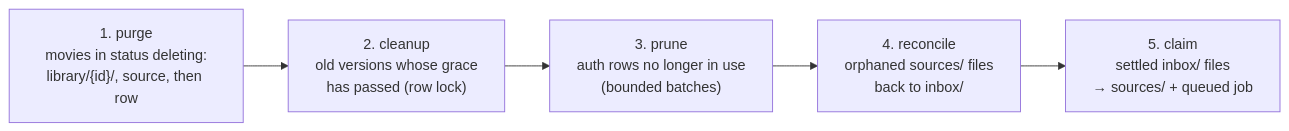
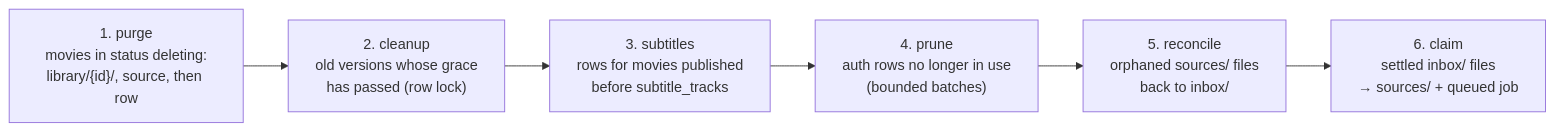
One commit to vtnHAN-SOLO/hls-vod changed the second of 4 diagrams in docs/architecture/process.md. Above: the diagram before and after it, drawn with Mermaid. The commit also changed other lines of this file and 194 other files, not shown here.

````diff
--- a/docs/architecture/process.md
+++ b/docs/architecture/process.md
@@ -57,9 +57,10 @@
 ```mermaid
 flowchart LR
     purge["1. purge<br/>movies in status deleting:<br/>library/{id}/, source, then row"]
     cleanup["2. cleanup<br/>old versions whose grace<br/>has passed (row lock)"]
-    prune["3. prune<br/>auth rows no longer in use<br/>(bounded batches)"]
-    reconcile["4. reconcile<br/>orphaned sources/ files<br/>back to inbox/"]
-    claim["5. claim<br/>settled inbox/ files<br/>→ sources/ + queued job"]
-    purge --> cleanup --> prune --> reconcile --> claim
+    subs["3. subtitles<br/>rows for movies published<br/>before subtitle_tracks"]
+    prune["4. prune<br/>auth rows no longer in use<br/>(bounded batches)"]
+    reconcile["5. reconcile<br/>orphaned sources/ files<br/>back to inbox/"]
+    claim["6. claim<br/>settled inbox/ files<br/>→ sources/ + queued job"]
+    purge --> cleanup --> subs --> prune --> reconcile --> claim
 ```
````
